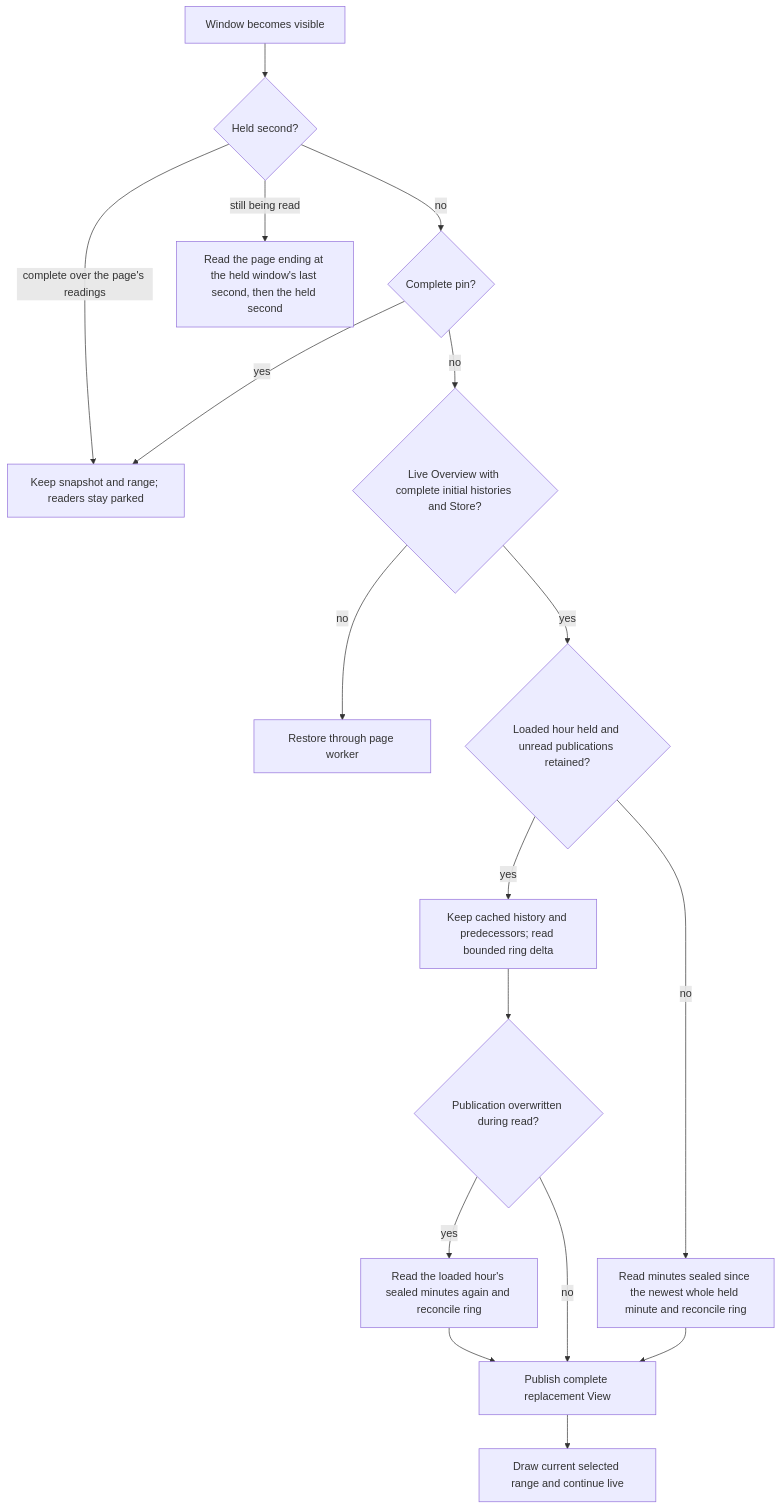
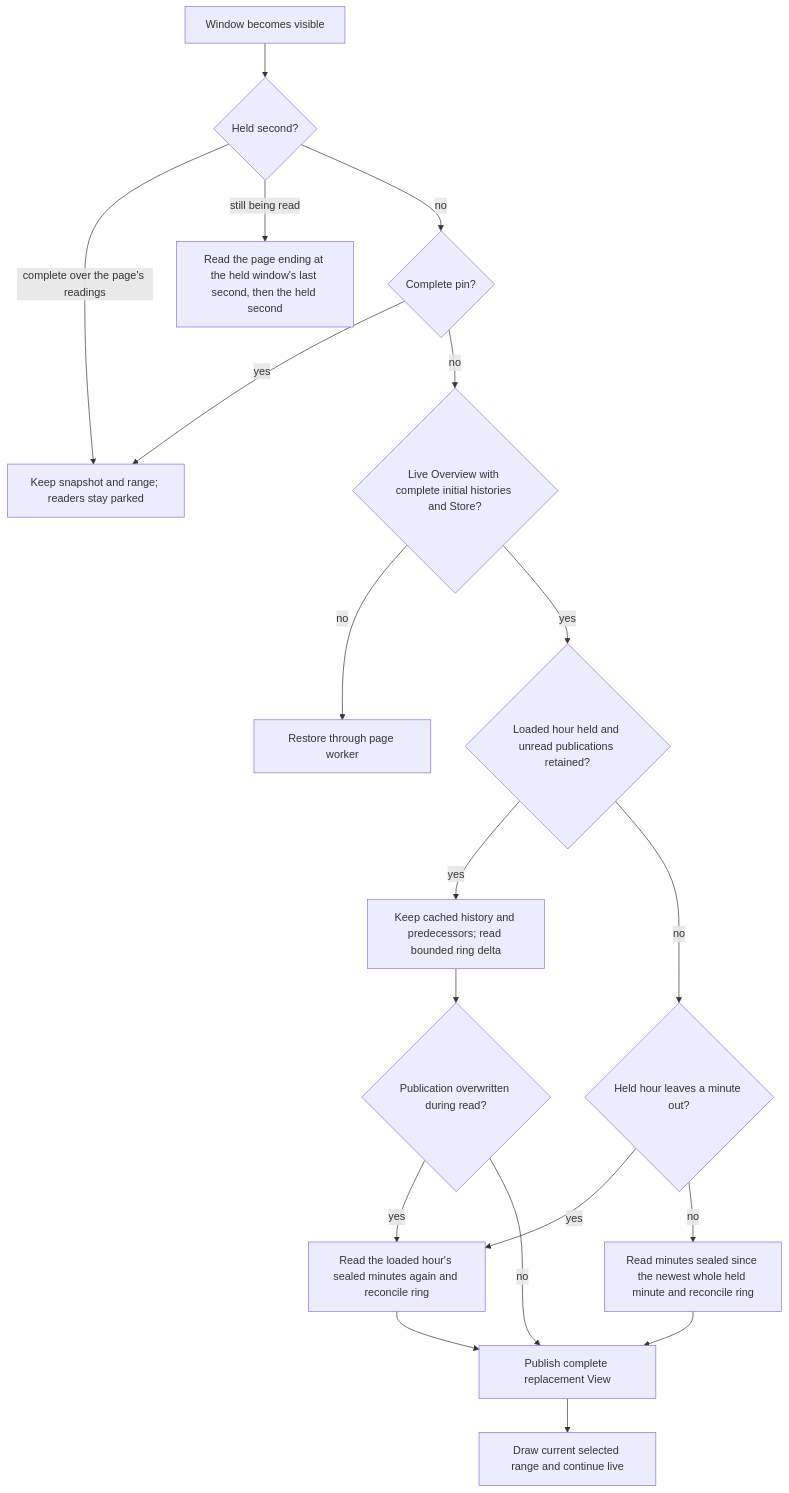
The third of 3 diagrams in docs/architecture.md (joaofnds/flightdeck), drawn with Mermaid before and after one commit. The commit also changed other lines of this file and 3 other files, not shown here.

````diff
--- a/docs/architecture.md
+++ b/docs/architecture.md
@@ -181,19 +181,21 @@
 ```mermaid
 flowchart TD
     Show[Window becomes visible] --> Held{Held second?}
     Held -->|complete over the page's readings| Keep
     Held -->|still being read| HeldRead[Read the page ending at the held window's last second, then the held second]
     Held -->|no| Pin{Complete pin?}
     Pin -->|yes| Keep[Keep snapshot and range; readers stay parked]
     Pin -->|no| Eligible{Live Overview with complete initial histories and Store?}
     Eligible -->|no| Worker[Restore through page worker]
     Eligible -->|yes| Covered{Loaded hour held and unread publications retained?}
     Covered -->|yes| Delta[Keep cached history and predecessors; read bounded ring delta]
-    Covered -->|no| Reload[Read minutes sealed since the newest whole held minute and reconcile ring]
+    Covered -->|no| LeftOut{Held hour leaves a minute out?}
+    LeftOut -->|yes| Hour
+    LeftOut -->|no| Reload[Read minutes sealed since the newest whole held minute and reconcile ring]
     Delta --> Lost{Publication overwritten during read?}
     Lost -->|yes| Hour[Read the loaded hour's sealed minutes again and reconcile ring]
     Lost -->|no| Complete[Publish complete replacement View]
     Reload --> Complete
     Hour --> Complete
     Complete --> Live[Draw current selected range and continue live]
 ```
````
